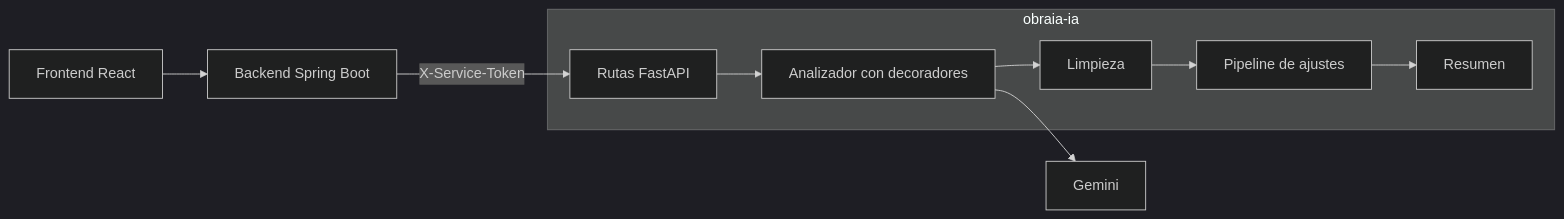
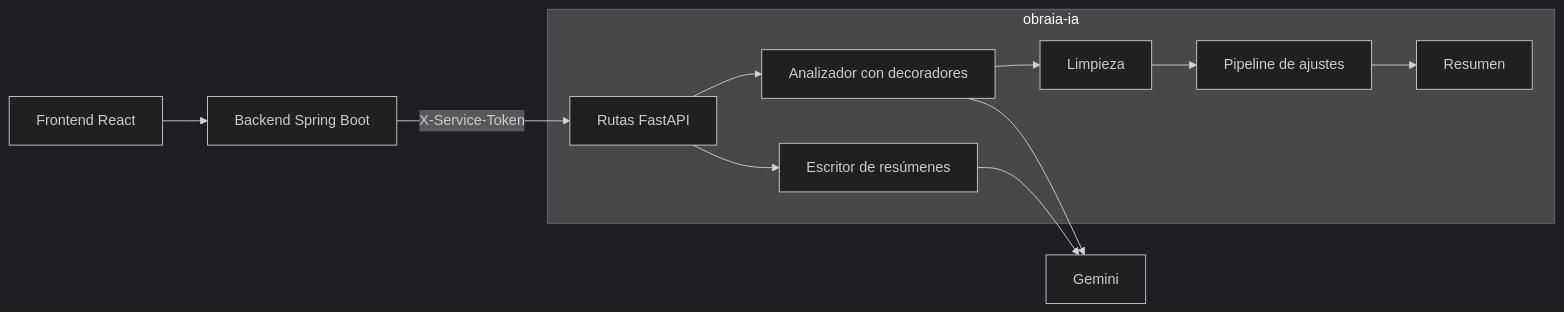
Before and after one commit to Kevin-Basante/obraia-ia: the diagram in README.md, drawn with Mermaid (dark theme). The commit also changed other lines of this file, not shown here.

Commit message:
docs: add the summary writer to the diagram

````diff
--- a/README.md
+++ b/README.md
@@ -10,12 +10,14 @@
 ```mermaid
 flowchart LR
     F[Frontend React] --> B[Backend Spring Boot]
     B -- X-Service-Token --> R[Rutas FastAPI]
     subgraph obraia-ia
         R --> A[Analizador con decoradores]
         A --> C[Limpieza]
         C --> P[Pipeline de ajustes]
         P --> S[Resumen]
+        R --> W[Escritor de resúmenes]
     end
+    W --> G
     A --> G[Gemini]
 ```
````
